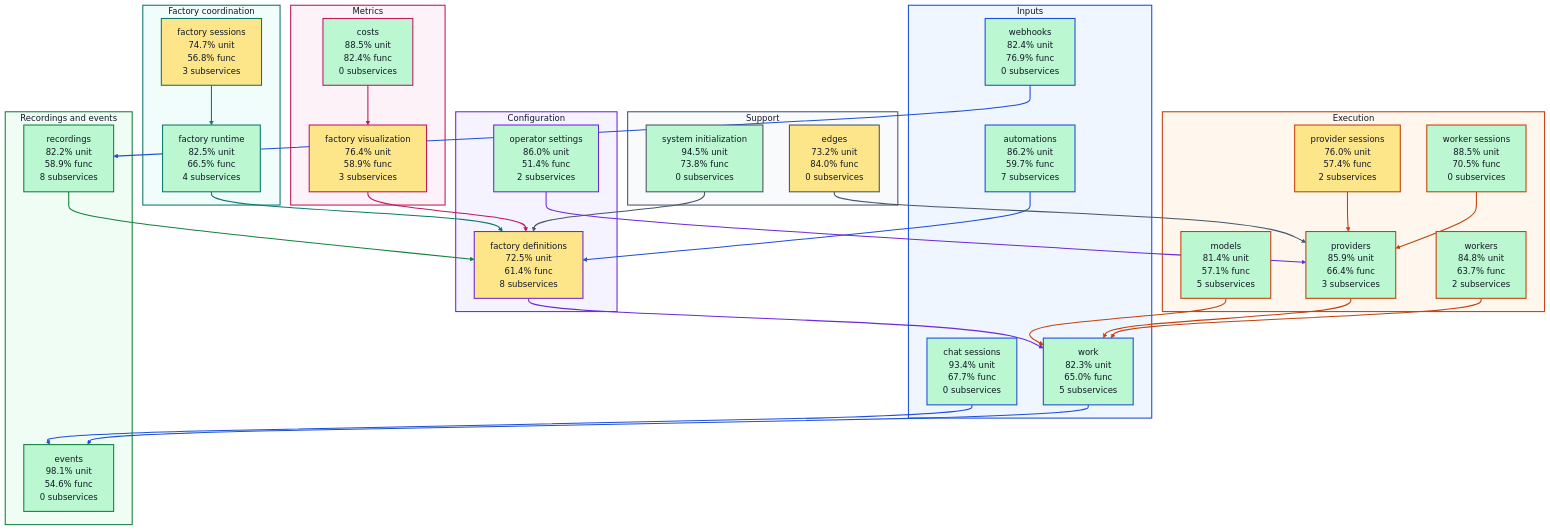
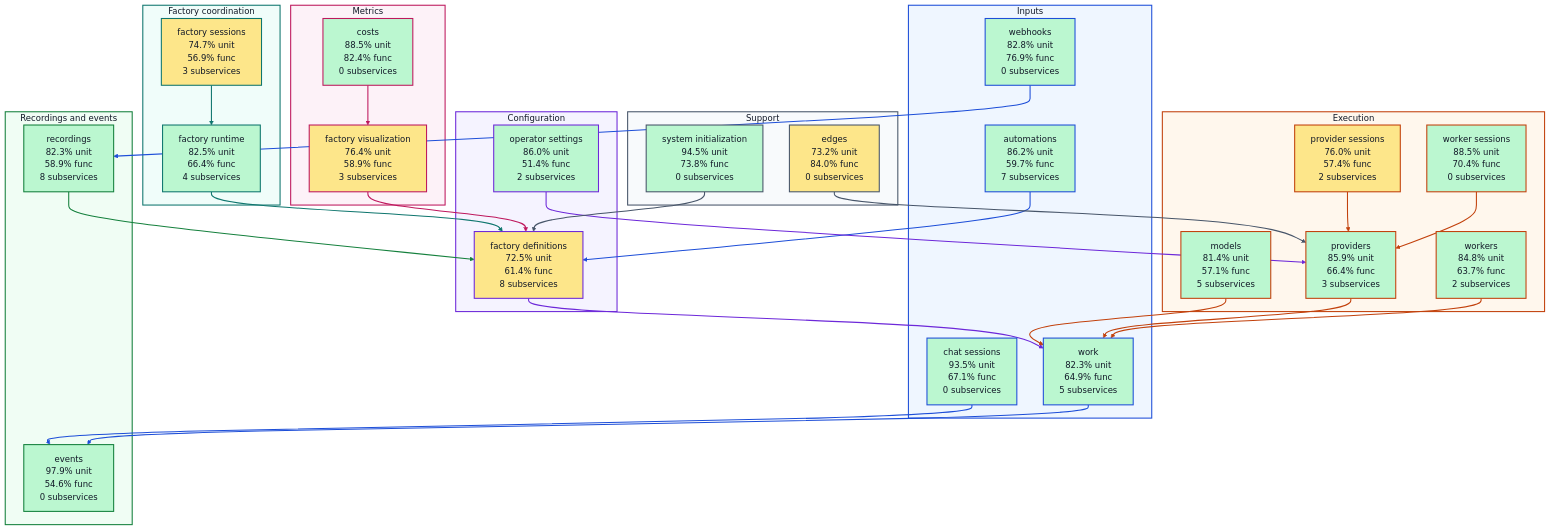
One commit to portpowered/you-agent-factory changed the diagram in docs/architecture/visualizations/high-level-test-coverage.md. Above: the diagram before and after it, drawn with Mermaid. The commit also changed other lines of this file and 19 other files, not shown here.

Commit message:
docs: refresh backend architecture visualizations

```diff
--- a/docs/architecture/visualizations/high-level-test-coverage.md
+++ b/docs/architecture/visualizations/high-level-test-coverage.md
@@ -12,28 +12,28 @@
 flowchart TB
   subgraph input["Inputs"]
     s_services_automations["automations<br/>86.2% unit<br/>59.7% func<br/>7 subservices"]
-    s_services_chat_sessions["chat sessions<br/>93.4% unit<br/>67.7% func<br/>0 subservices"]
-    s_services_webhooks["webhooks<br/>82.4% unit<br/>76.9% func<br/>0 subservices"]
-    s_services_work["work<br/>82.3% unit<br/>65.0% func<br/>5 subservices"]
+    s_services_chat_sessions["chat sessions<br/>93.5% unit<br/>67.1% func<br/>0 subservices"]
+    s_services_webhooks["webhooks<br/>82.8% unit<br/>76.9% func<br/>0 subservices"]
+    s_services_work["work<br/>82.3% unit<br/>64.9% func<br/>5 subservices"]
   end
   subgraph configuration["Configuration"]
     s_services_factory_definitions["factory definitions<br/>72.5% unit<br/>61.4% func<br/>8 subservices"]
     s_services_operator_settings["operator settings<br/>86.0% unit<br/>51.4% func<br/>2 subservices"]
   end
   subgraph coordination["Factory coordination"]
-    s_services_factory_runtime["factory runtime<br/>82.5% unit<br/>66.5% func<br/>4 subservices"]
-    s_services_factory_sessions["factory sessions<br/>74.7% unit<br/>56.8% func<br/>3 subservices"]
+    s_services_factory_runtime["factory runtime<br/>82.5% unit<br/>66.4% func<br/>4 subservices"]
+    s_services_factory_sessions["factory sessions<br/>74.7% unit<br/>56.9% func<br/>3 subservices"]
   end
   subgraph execution["Execution"]
     s_services_models["models<br/>81.4% unit<br/>57.1% func<br/>5 subservices"]
     s_services_provider_sessions["provider sessions<br/>76.0% unit<br/>57.4% func<br/>2 subservices"]
     s_services_providers["providers<br/>85.9% unit<br/>66.4% func<br/>3 subservices"]
-    s_services_worker_sessions["worker sessions<br/>88.5% unit<br/>70.5% func<br/>0 subservices"]
+    s_services_worker_sessions["worker sessions<br/>88.5% unit<br/>70.4% func<br/>0 subservices"]
     s_services_workers["workers<br/>84.8% unit<br/>63.7% func<br/>2 subservices"]
   end
   subgraph recordings["Recordings and events"]
-    s_services_events["events<br/>98.1% unit<br/>54.6% func<br/>0 subservices"]
-    s_services_recordings["recordings<br/>82.2% unit<br/>58.9% func<br/>8 subservices"]
+    s_services_events["events<br/>97.9% unit<br/>54.6% func<br/>0 subservices"]
+    s_services_recordings["recordings<br/>82.3% unit<br/>58.9% func<br/>8 subservices"]
   end
   subgraph metrics["Metrics"]
     s_services_costs["costs<br/>88.5% unit<br/>82.4% func<br/>0 subservices"]
```
